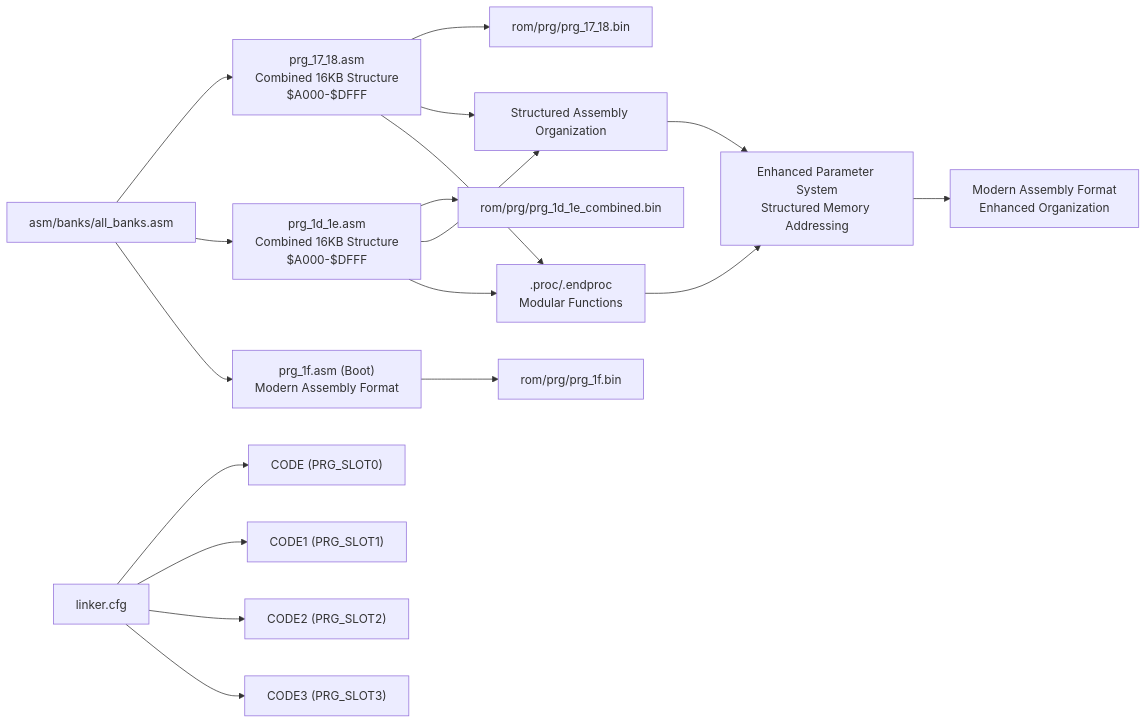
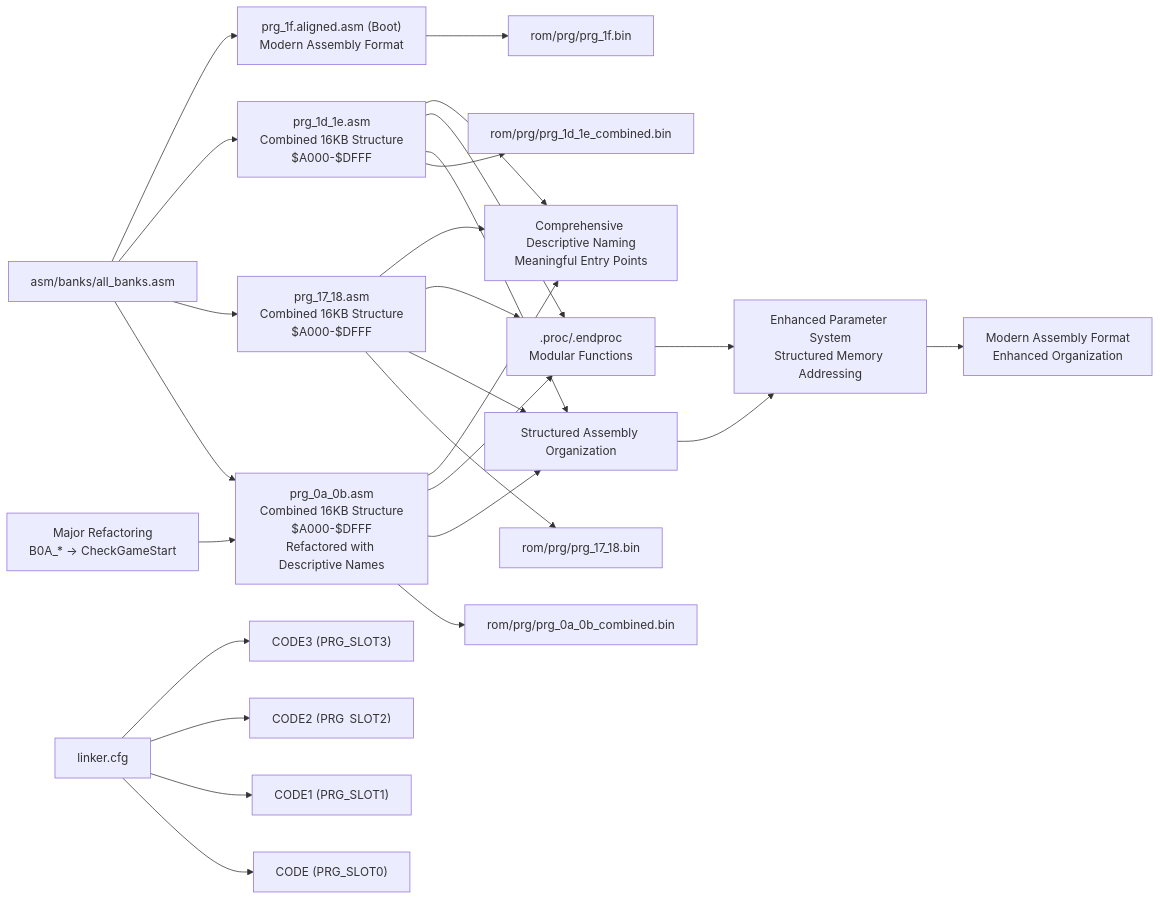
Before and after one commit to rabbyzero/sango2dasm: diagram 12 of 15 in .qoder/repowiki/en/content/Assembly Architecture/Assembly Architecture.md, drawn with Mermaid. The commit also changed other lines of this file and 18 other files, not shown here.

Commit message:
Found AI action proc in prg bank $0a $0b. analysis WIP.

````diff
--- a/.qoder/repowiki/en/content/Assembly Architecture/Assembly Architecture.md
+++ b/.qoder/repowiki/en/content/Assembly Architecture/Assembly Architecture.md
@@ -625,22 +762,31 @@
 ```mermaid
 graph LR
-ALLB["asm/banks/all_banks.asm"] --> COMBINED17_18["prg_17_18.asm<br/>Combined 16KB Structure<br/>$A000-$DFFF"]
+ALLB["asm/banks/all_banks.asm"] --> COMBINED0A_0B["prg_0a_0b.asm<br/>Combined 16KB Structure<br/>$A000-$DFFF<br/>Refactored with Descriptive Names"]
+ALLB --> COMBINED17_18["prg_17_18.asm<br/>Combined 16KB Structure<br/>$A000-$DFFF"]
 ALLB --> COMBINED1D_1E["prg_1d_1e.asm<br/>Combined 16KB Structure<br/>$A000-$DFFF"]
-ALLB --> ALIGNED["prg_1f.asm (Boot)<br/>Modern Assembly Format"]
+ALLB --> ALIGNED["prg_1f.aligned.asm (Boot)<br/>Modern Assembly Format"]
 LCFG["linker.cfg"] --> SEG0["CODE (PRG_SLOT0)"]
 LCFG --> SEG1["CODE1 (PRG_SLOT1)"]
 LCFG --> SEG2["CODE2 (PRG_SLOT2)"]
 LCFG --> SEG3["CODE3 (PRG_SLOT3)"]
+COMBINED0A_0B --> BIN0A_0B["rom/prg/prg_0a_0b_combined.bin"]
 COMBINED17_18 --> BIN17_18["rom/prg/prg_17_18.bin"]
 COMBINED1D_1E --> BIN1D_1E["rom/prg/prg_1d_1e_combined.bin"]
 ALIGNED --> BIN1F["rom/prg/prg_1f.bin"]
-COMBINED17_18 --> STRUCT["Structured Assembly Organization"]
+COMBINED0A_0B --> STRUCT["Structured Assembly Organization"]
+COMBINED17_18 --> STRUCT
 COMBINED1D_1E --> STRUCT
-COMBINED17_18 --> PROC[".proc/.endproc<br/>Modular Functions"]
+COMBINED0A_0B --> PROC[".proc/.endproc<br/>Modular Functions"]
+COMBINED17_18 --> PROC
 COMBINED1D_1E --> PROC
 PARAMSYS["Enhanced Parameter System<br/>Structured Memory Addressing"]
 STRUCT --> PARAMSYS
 PROC --> PARAMSYS
 MODERN["Modern Assembly Format<br/>Enhanced Organization"]
 PARAMSYS --> MODERN
+DESCRIPTIVENAMING["Comprehensive Descriptive Naming<br/>Meaningful Entry Points"]
+COMBINED0A_0B --> DESCRIPTIVENAMING
+COMBINED17_18 --> DESCRIPTIVENAMING
+COMBINED1D_1E --> DESCRIPTIVENAMING
+REFAC["Major Refactoring<br/>B0A_* → CheckGameStart"] --> COMBINED0A_0B
 ```
````
